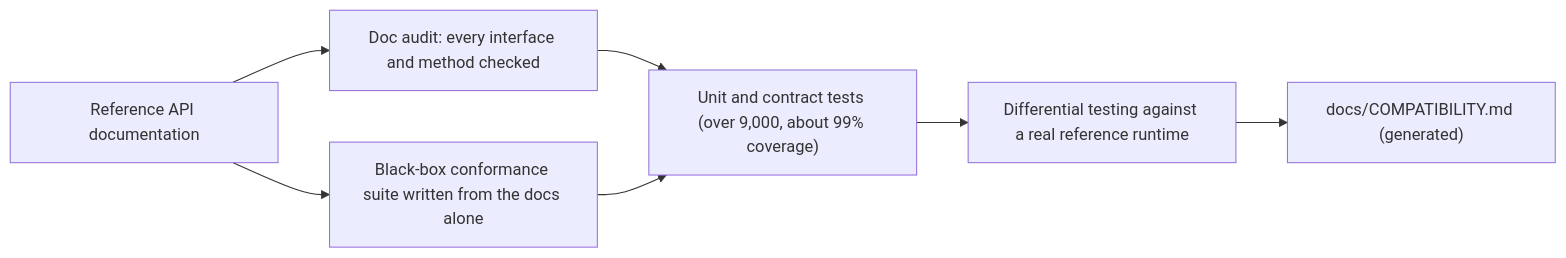
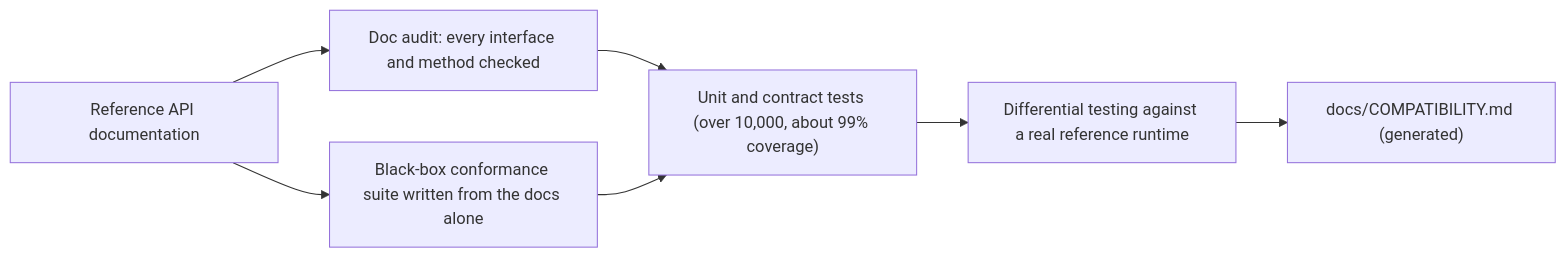
Before and after one commit to ylcnfrht/collections: the diagram in docs/advanced/compatibility.md, drawn with Mermaid. The commit also changed other lines of this file and 15 other files, not shown here.

````diff
--- a/docs/advanced/compatibility.md
+++ b/docs/advanced/compatibility.md
@@ -162,9 +164,9 @@
 ```mermaid
 flowchart LR
     doc["Reference API documentation"] --> audit["Doc audit: every interface and method checked"]
     doc --> conf["Black-box conformance suite written from the docs alone"]
-    audit --> unit["Unit and contract tests (over 9,000, about 99% coverage)"]
+    audit --> unit["Unit and contract tests (over 10,000, about 99% coverage)"]
     conf --> unit
     unit --> diff["Differential testing against a real reference runtime"]
     diff --> report["docs/COMPATIBILITY.md (generated)"]
 ```
````
